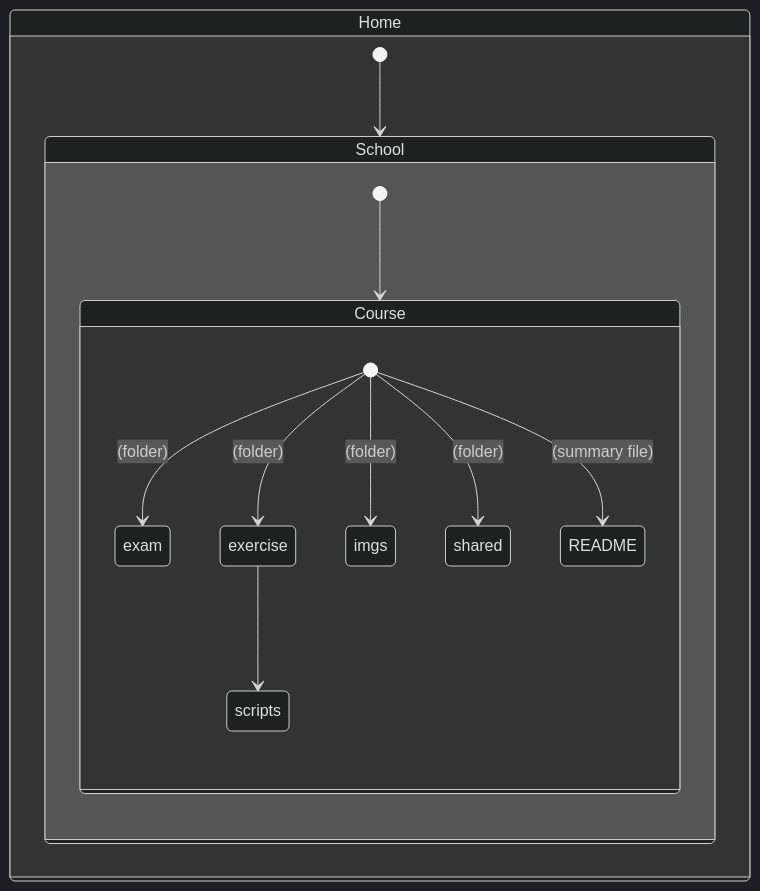
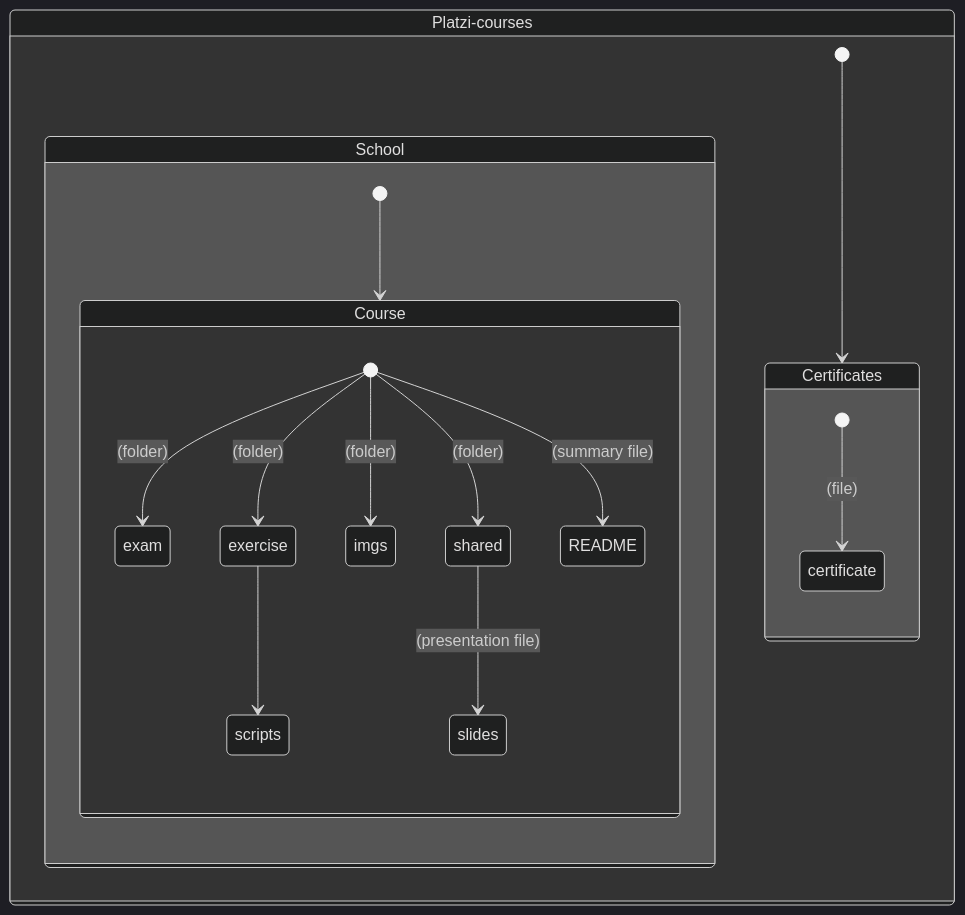
One commit to joelbarranteswins/Platzi-Courses changed the first of 2 diagrams in README.MD. Above: the diagram before and after it, drawn with Mermaid (dark theme). The commit also changed other lines of this file, not shown here.

Commit message:
Update (Platzi-courses): README updated

```diff
--- a/README.MD
+++ b/README.MD
@@ -14,17 +14,27 @@
 ~~~mermaid
 stateDiagram-v2
-    state Home {
-        [*] --> School
+    state Platzi-courses {
         state School {
             [*] --> Course 
             state Course {
                 [*] --> exam : (folder)
                 [*] --> exercise: (folder)
                 exercise --> scripts
                 [*] --> imgs: (folder)
                 [*] --> shared: (folder)
+                shared --> slides: (presentation file)
                 [*] --> README:(summary file)
             }
         }
+        [*] --> Certificates
+        state Certificates{
+            [*] --> certificate: (file)
+        }
     }
+
+
+
+    
+
+    
 ~~~
```
